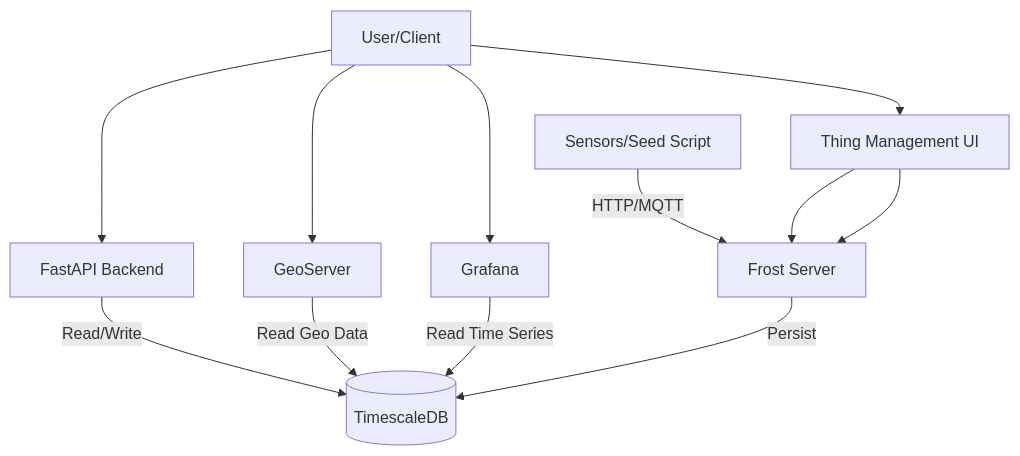
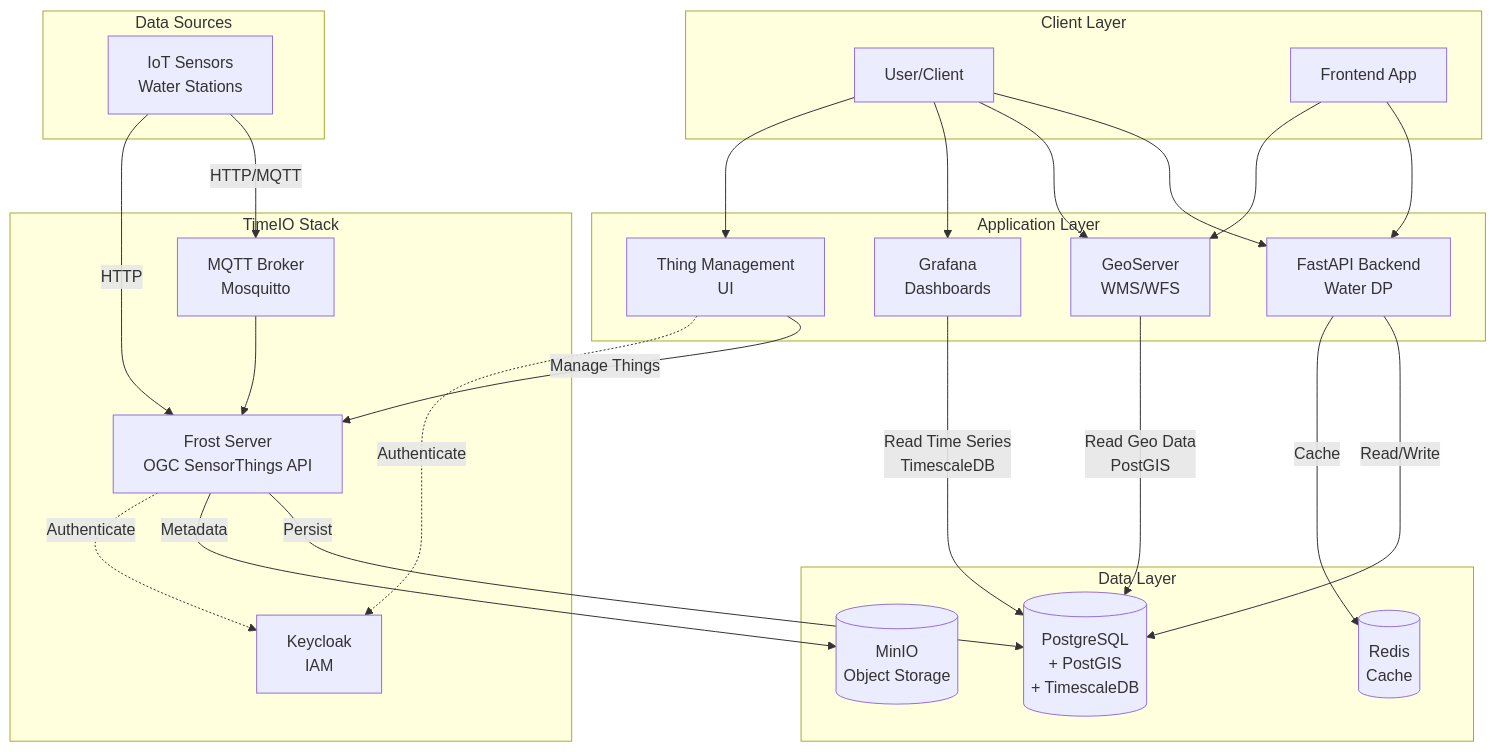
Before and after one commit to Siki-ux/water_dp-api: the diagram in README.md, drawn with Mermaid. The commit also changed other lines of this file, not shown here.

````diff
--- a/README.md
+++ b/README.md
@@ -81,16 +85,56 @@
 ```mermaid
-graph TD
-    User[User/Client] --> API[FastAPI Backend]
+graph TB
+    subgraph "Client Layer"
+        User[User/Client]
+        Frontend[Frontend App]
+    end
+    
+    subgraph "Application Layer"
+        API[FastAPI Backend<br/>Water DP]
+        GeoServer[GeoServer<br/>WMS/WFS]
+        Grafana[Grafana<br/>Dashboards]
+        ThingMgmt[Thing Management<br/>UI]
+    end
+    
+    subgraph "TimeIO Stack"
+        Frost[Frost Server<br/>OGC SensorThings API]
+        MQTT[MQTT Broker<br/>Mosquitto]
+        Keycloak[Keycloak<br/>IAM]
+    end
+    
+    subgraph "Data Layer"
+        DB[(PostgreSQL<br/>+ PostGIS<br/>+ TimescaleDB)]
+        Redis[(Redis<br/>Cache)]
+        MinIO[(MinIO<br/>Object Storage)]
+    end
+    
+    subgraph "Data Sources"
+        Sensors[IoT Sensors<br/>Water Stations]
+    end
+    
+    %% User connections
+    User --> API
     User --> GeoServer
     User --> Grafana
-    User --> ThingMgmt[Thing Management UI]
-
-    API -->|Read/Write| DB[(TimescaleDB)]
-    GeoServer -->|Read Geo Data| DB
-    Grafana -->|Read Time Series| DB
-
-    Sensor[Sensors/Seed Script] -->|HTTP/MQTT| Frost[Frost Server]
+    User --> ThingMgmt
+    Frontend --> API
+    Frontend --> GeoServer
+    
+    %% Application layer connections
+    API -->|Read/Write| DB
+    API -->|Cache| Redis
+    GeoServer -->|Read Geo Data<br/>PostGIS| DB
+    Grafana -->|Read Time Series<br/>TimescaleDB| DB
+    ThingMgmt -->|Manage Things| Frost
+    
+    %% TimeIO connections
     Frost -->|Persist| DB
-    ThingMgmt --> Frost
-    ThingMgmt --> Frost
+    Frost -->|Metadata| MinIO
+    Frost -.->|Authenticate| Keycloak
+    ThingMgmt -.->|Authenticate| Keycloak
+    
+    %% Sensor data flow
+    Sensors -->|HTTP/MQTT| MQTT
+    MQTT --> Frost
+    Sensors -->|HTTP| Frost
 ```
````
